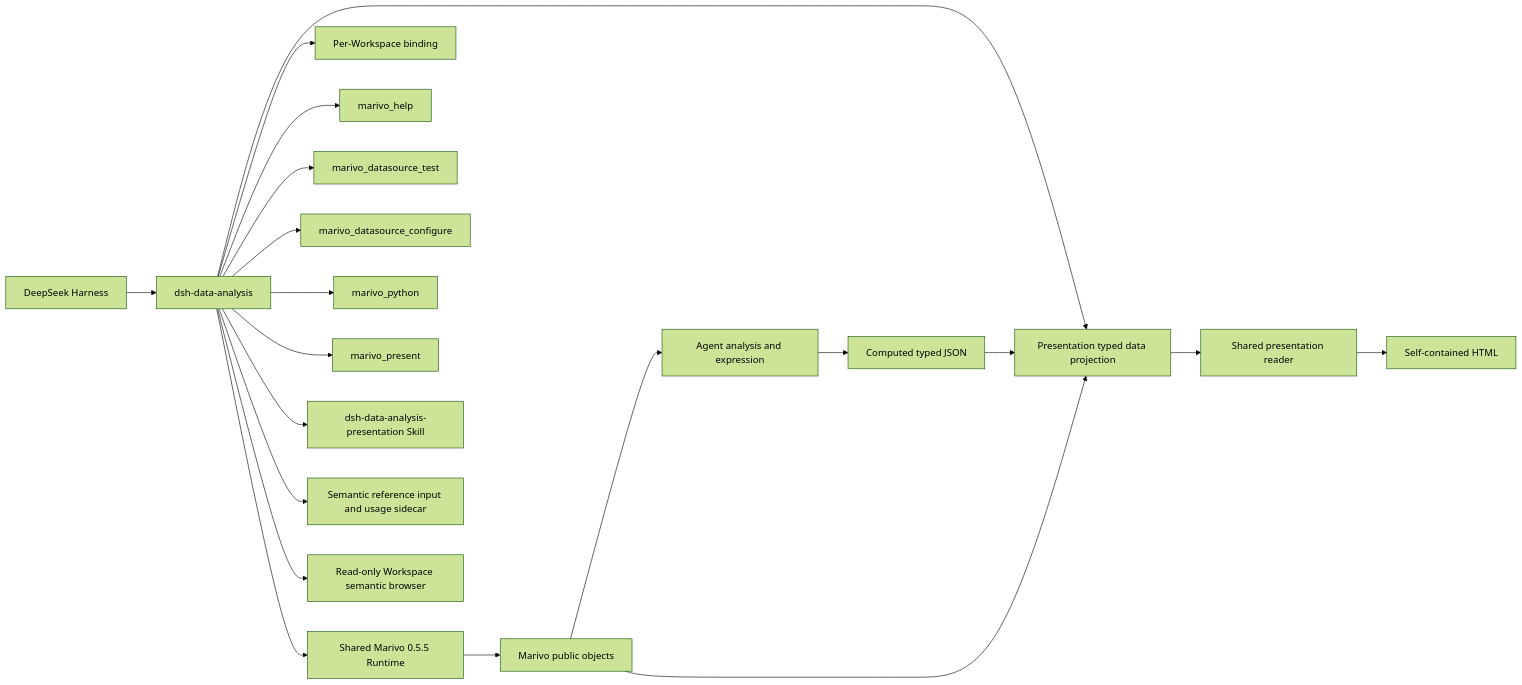
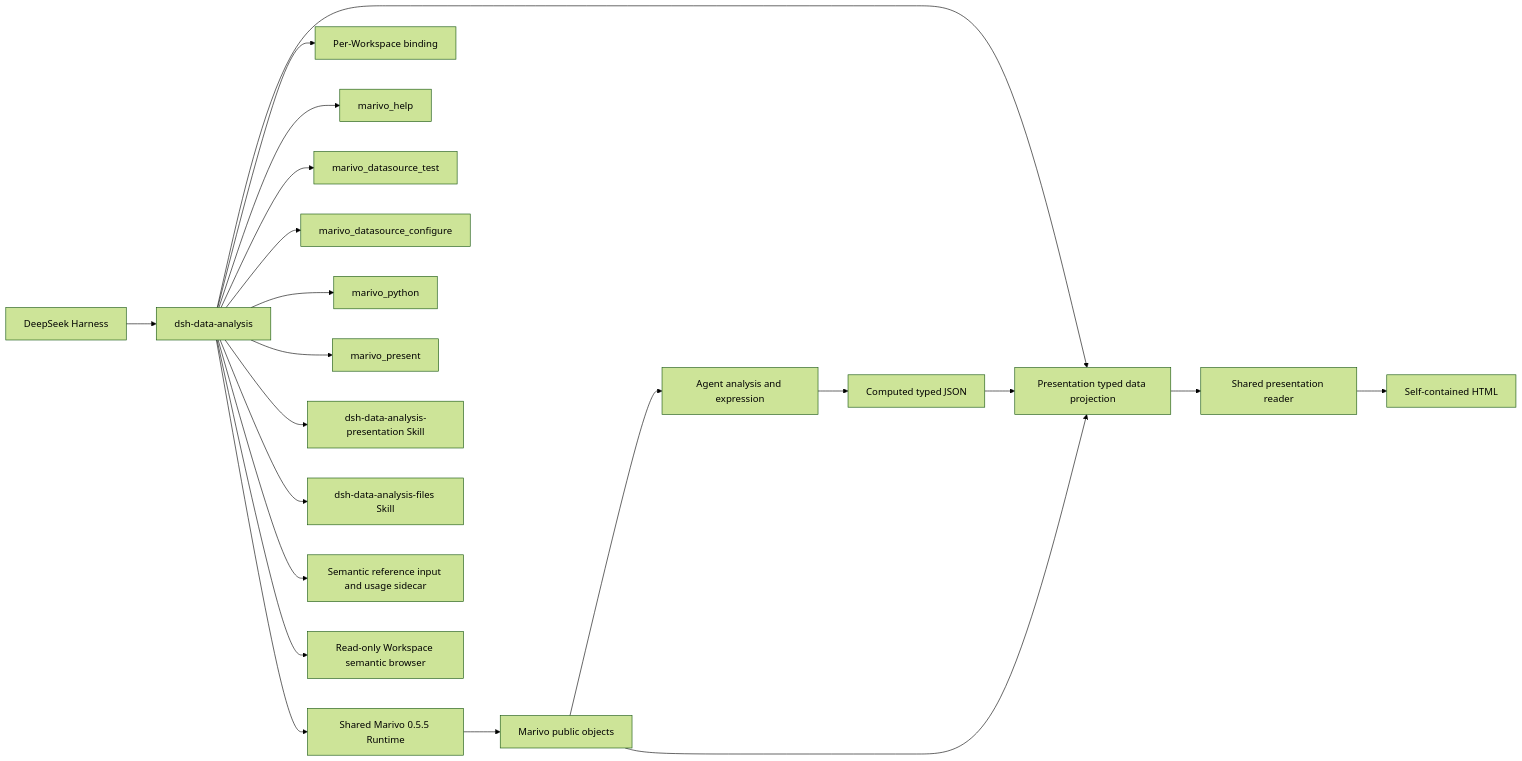
One commit to chengxianglibra/dsh-data-analysis changed the diagram in docs/architecture.md. Above: the diagram before and after it, drawn with Mermaid (forest theme). The commit also changed other lines of this file and 22 other files, not shown here.

First line of the commit message:
feat: add native file analysis skill and validation

````diff
--- a/docs/architecture.md
+++ b/docs/architecture.md
@@ -16,22 +16,23 @@
 ```mermaid
 flowchart LR
   D[DeepSeek Harness] --> P[dsh-data-analysis]
   P --> R[Shared Marivo 0.5.5 Runtime]
   P --> W[Per-Workspace binding]
   P --> H[marivo_help]
   P --> T[marivo_datasource_test]
   P --> CFG[marivo_datasource_configure]
   P --> Y[marivo_python]
   P --> E[marivo_present]
   P --> K[dsh-data-analysis-presentation Skill]
+  P --> F[dsh-data-analysis-files Skill]
   P --> S[Semantic reference input and usage sidecar]
   P --> B[Read-only Workspace semantic browser]
   P --> J[Presentation typed data projection]
   R --> M[Marivo public objects]
   M --> A[Agent analysis and expression]
   A --> C[Computed typed JSON]
   C --> J
   M --> J
   J --> V[Shared presentation reader]
   V --> O[Self-contained HTML]
 ```
````
